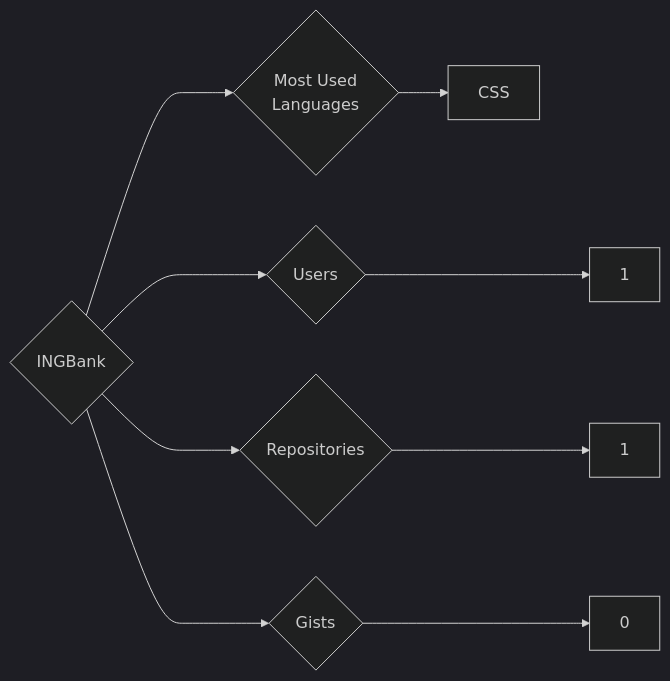
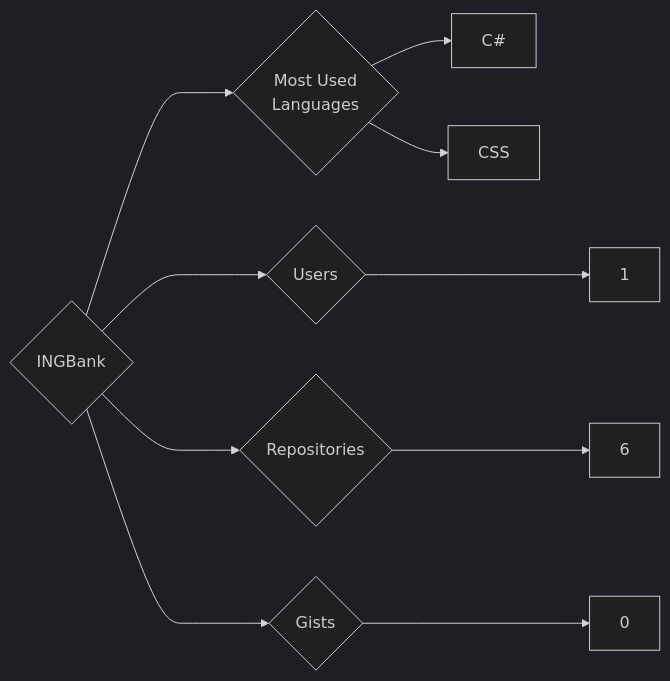
The diagram in targets/INGBank/README.md (trickest/insiders), drawn with Mermaid (dark theme) before and after one commit. The commit also changed 914 other files, not shown here.

````diff
--- a/targets/INGBank/README.md
+++ b/targets/INGBank/README.md
@@ -3,9 +3,10 @@
 ```mermaid
 graph LR
 COMPANY_NAME{INGBank}
 COMPANY_NAME ---> U{Users} ---> UN[1]
-COMPANY_NAME ---> R{Repositories} ---> RN[1]
+COMPANY_NAME ---> R{Repositories} ---> RN[6]
 COMPANY_NAME ---> G{Gists} ---> GN[0]
 COMPANY_NAME ---> ML{Most Used<br>Languages}
+ML --> C#[C#]
 ML --> CSS[CSS]
 ```
````
